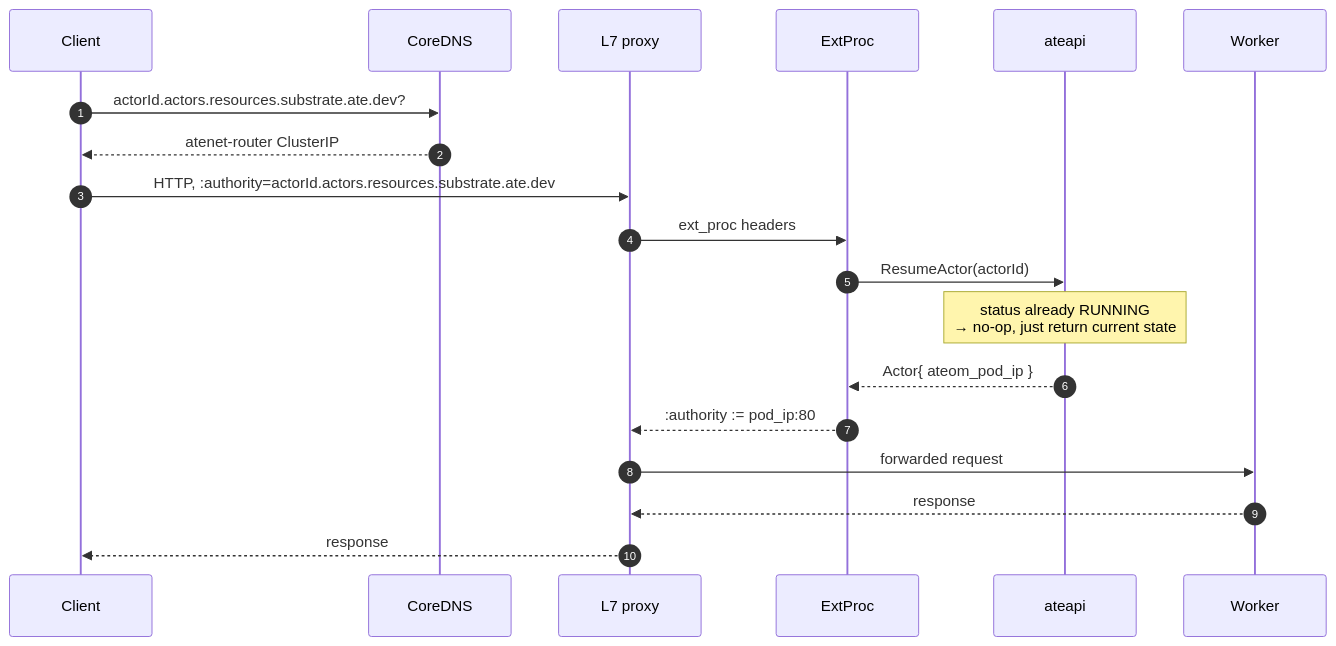
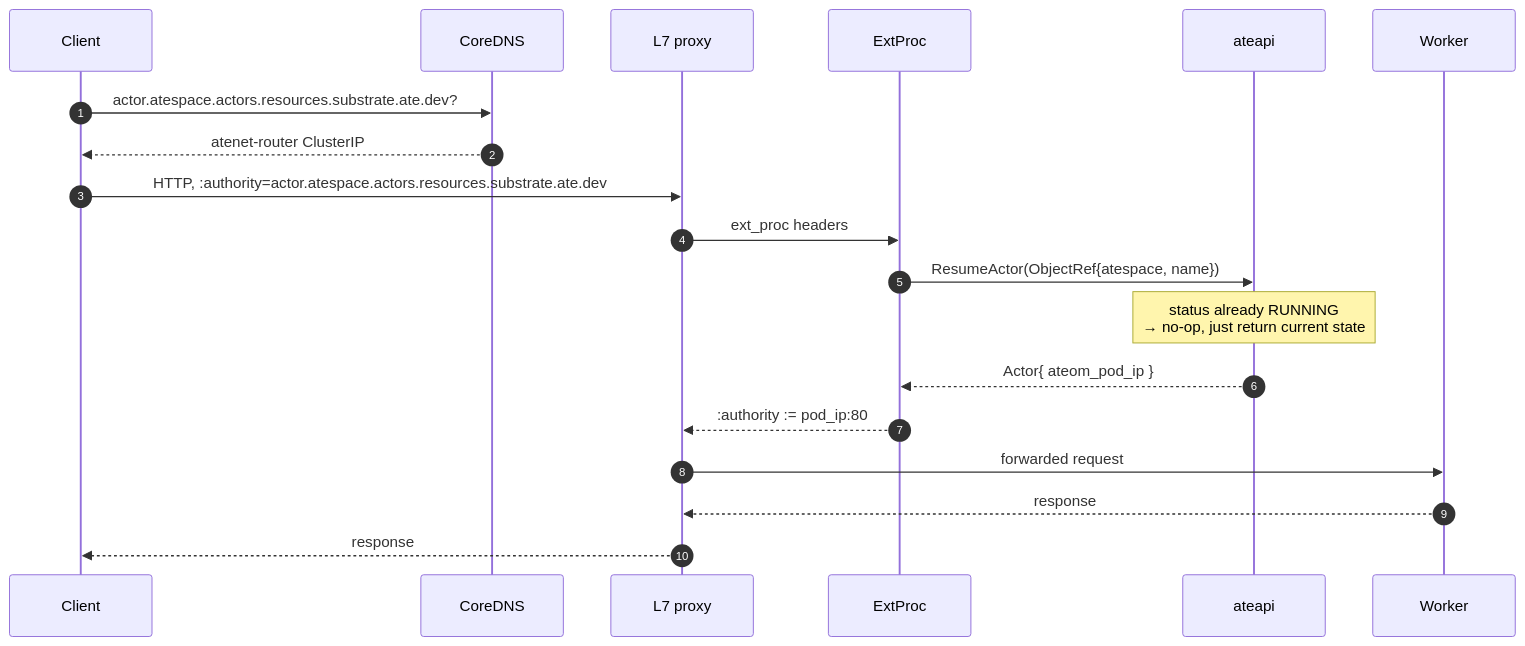
Before and after one commit to christian-posta/substrate: the first of 2 diagrams in atlas/src/content/docs/flows/request-path.mdx, drawn with Mermaid. The commit also changed other lines of this file and 28 other files, not shown here.

````diff
--- a/atlas/src/content/docs/flows/request-path.mdx
+++ b/atlas/src/content/docs/flows/request-path.mdx
@@ -13,22 +13,22 @@
 ```mermaid
 sequenceDiagram
   autonumber
   participant C as Client
   participant DNS as CoreDNS
   participant E as L7 proxy
   participant X as ExtProc
   participant A as ateapi
   participant W as Worker
 
-  C->>DNS: actorId.actors.resources.substrate.ate.dev?
+  C->>DNS: actor.atespace.actors.resources.substrate.ate.dev?
   DNS-->>C: atenet-router ClusterIP
-  C->>E: HTTP, :authority=actorId.actors.resources.substrate.ate.dev
+  C->>E: HTTP, :authority=actor.atespace.actors.resources.substrate.ate.dev
   E->>X: ext_proc headers
-  X->>A: ResumeActor(actorId)
+  X->>A: ResumeActor(ObjectRef{atespace, name})
   Note over A: status already RUNNING<br/>→ no-op, just return current state
   A-->>X: Actor{ ateom_pod_ip }
   X-->>E: :authority := pod_ip:80
   E->>W: forwarded request
   W-->>E: response
   E-->>C: response
 ```
````
